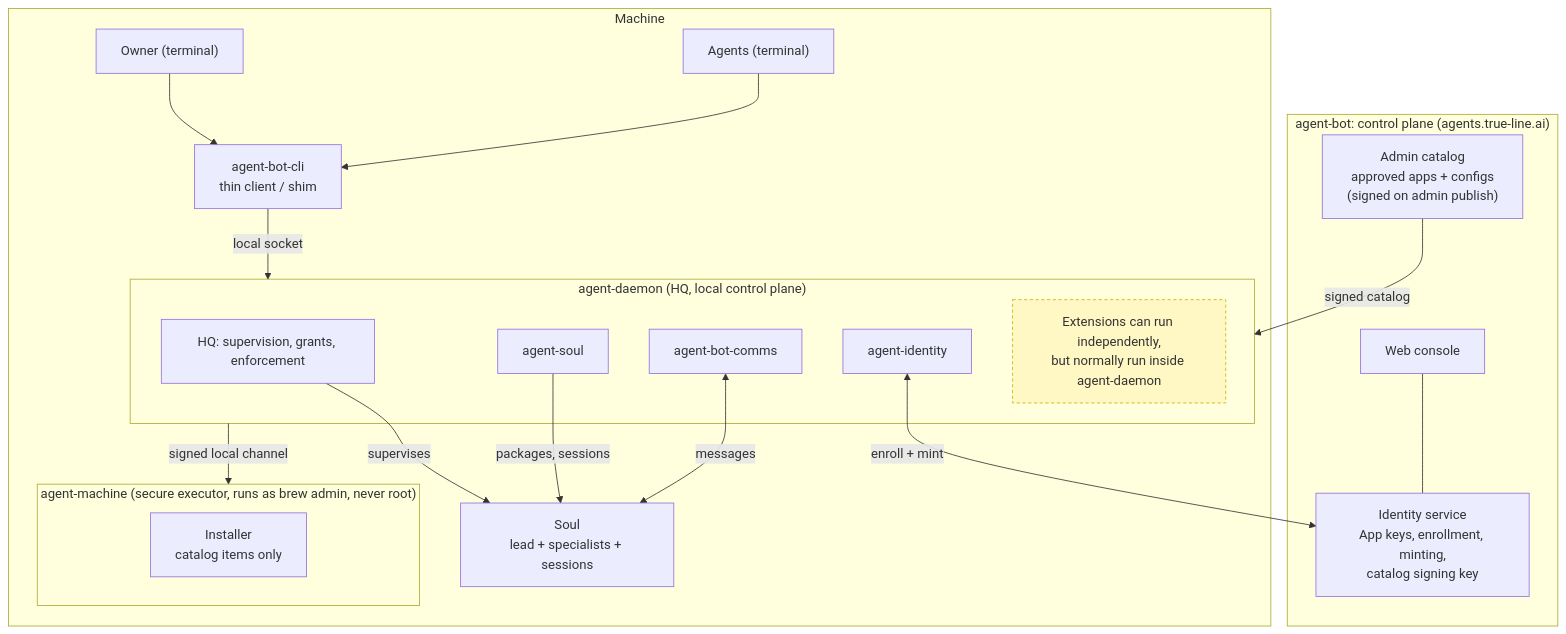
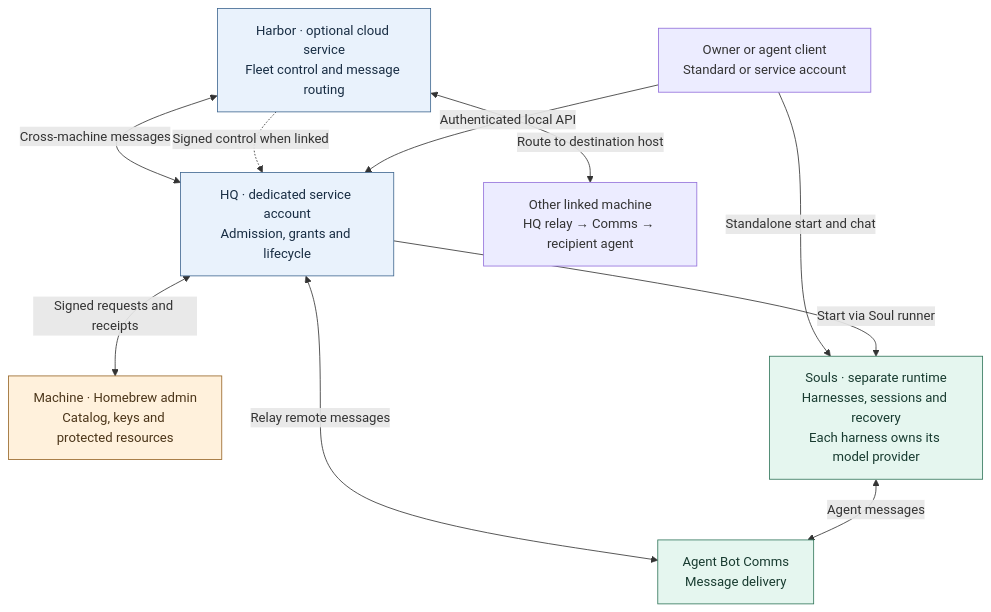
One commit to true-line/agent-bot-platform changed the diagram in docs/03-architecture/assets/architecture.mmd. Above: the diagram before and after it, drawn with Mermaid. The commit also changed 35 other files, not shown here.

First line of the commit message:
Document independent Souls and the HQ relay boundary

```diff
--- a/docs/03-architecture/assets/architecture.mmd
+++ b/docs/03-architecture/assets/architecture.mmd
@@ -1,35 +1,23 @@
 flowchart TB
-  subgraph Remote["agent-bot: control plane (agents.true-line.ai)"]
-    ID["Identity service<br/>App keys, enrollment, minting,<br/>catalog signing key"]
-    WEB["Web console"]
-    CAT["Admin catalog<br/>approved apps + configs<br/>(signed on admin publish)"]
-  end
-
-  subgraph Machine["Machine"]
-    USER["Owner (terminal)"]
-    AGENT["Agents (terminal)"]
-    CLI["agent-bot-cli<br/>thin client / shim"]
-    subgraph Daemon["agent-daemon (HQ, local control plane)"]
-      HQ["HQ: supervision, grants, enforcement"]
-      AI["agent-identity"]
-      AS["agent-soul"]
-      AC["agent-bot-comms"]
-      NOTE["Extensions can run independently,<br/>but normally run inside agent-daemon"]
-    end
-    subgraph Exec["agent-machine (secure executor, runs as brew admin, never root)"]
-      INST["Installer<br/>catalog items only"]
-    end
-    Soul["Soul<br/>lead + specialists + sessions"]
-  end
-
-  USER --> CLI
-  AGENT --> CLI
-  CLI -- "local socket" --> Daemon
-  Daemon -- "signed local channel" --> Exec
-  AI <-- "enroll + mint" --> ID
-  WEB --- ID
-  CAT -- "signed catalog" --> Daemon
-  HQ -- "supervises" --> Soul
-  AS -- "packages, sessions" --> Soul
-  AC <-- "messages" --> Soul
-  style NOTE fill:#fff8c4,stroke:#c9b200,stroke-dasharray: 4 3
+  Harbor["Harbor · optional cloud service<br/>Fleet control and message routing"]
+  Client["Owner or agent client<br/>Standard or service account"]
+  HQ["HQ · dedicated service account<br/>Admission, grants and lifecycle"]
+  Machine["Machine · Homebrew admin<br/>Catalog, keys and protected resources"]
+  Souls["Souls · separate runtime<br/>Harnesses, sessions and recovery<br/>Each harness owns its model provider"]
+  Comms["Agent Bot Comms<br/>Message delivery"]
+  Remote["Other linked machine<br/>HQ relay → Comms → recipient agent"]
+  Harbor <-->|"Cross-machine messages"| HQ
+  HQ <-->|"Relay remote messages"| Comms
+  Harbor <-->|"Route to destination host"| Remote
+  Harbor -. "Signed control when linked" .-> HQ
+  Client -->|"Authenticated local API"| HQ
+  Client -->|"Standalone start and chat"| Souls
+  HQ -->|"Start via Soul runner"| Souls
+  HQ <-->|"Signed requests and receipts"| Machine
+  Souls <-->|"Agent messages"| Comms
+  classDef control fill:#e9f2fc,stroke:#416891,color:#182d43
+  classDef runtime fill:#e5f6ef,stroke:#32765b,color:#183b30
+  classDef admin fill:#fff1dc,stroke:#986627,color:#4b3519
+  class Harbor,HQ control
+  class Souls,Comms runtime
+  class Machine admin
```
